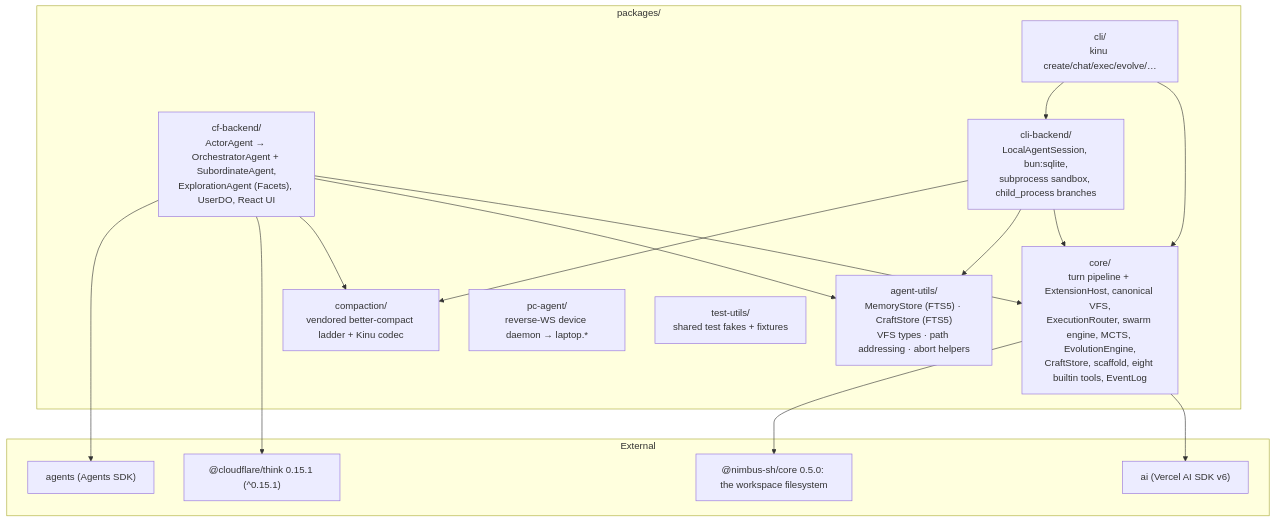
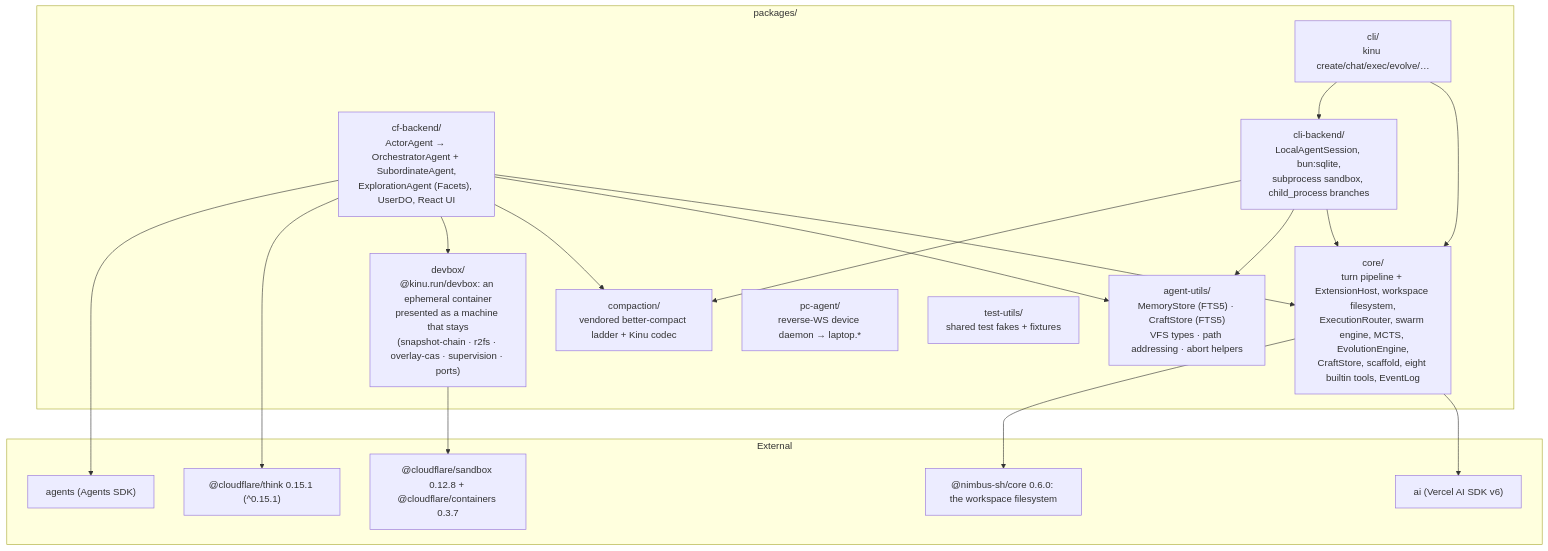
The fifth of 5 diagrams in docs/ARCHITECTURE.md (AshishKumar4/kinu), drawn with Mermaid before and after one commit. The commit also changed other lines of this file and 57 other files, not shown here.

````diff
--- a/docs/ARCHITECTURE.md
+++ b/docs/ARCHITECTURE.md
@@ -402,34 +444,38 @@
 ```mermaid
 graph TB
     subgraph pkgs["packages/"]
-        Core["core/<br/>turn pipeline + ExtensionHost, canonical VFS,<br/>ExecutionRouter, swarm engine, MCTS, EvolutionEngine,<br/>CraftStore, scaffold, eight builtin tools, EventLog"]
+        Core["core/<br/>turn pipeline + ExtensionHost, workspace filesystem,<br/>ExecutionRouter, swarm engine, MCTS, EvolutionEngine,<br/>CraftStore, scaffold, eight builtin tools, EventLog"]
         Utils["agent-utils/<br/>MemoryStore (FTS5) · CraftStore (FTS5)<br/>VFS types · path addressing · abort helpers"]
         Compact["compaction/<br/>vendored better-compact ladder + Kinu codec"]
+        Devbox["devbox/<br/>@kinu.run/devbox: an ephemeral container<br/>presented as a machine that stays<br/>(snapshot-chain · r2fs · overlay-cas · supervision · ports)"]
         CF["cf-backend/<br/>ActorAgent → OrchestratorAgent + SubordinateAgent,<br/>ExplorationAgent (Facets), UserDO, React UI"]
         CLI["cli/<br/>kinu create/chat/exec/evolve/…"]
         CLIB["cli-backend/<br/>LocalAgentSession, bun:sqlite,<br/>subprocess sandbox, child_process branches"]
         PC["pc-agent/<br/>reverse-WS device daemon → laptop.*"]
         TU["test-utils/<br/>shared test fakes + fixtures"]
     end
 
     CF --> Core
     CF --> Utils
     CF --> Compact
+    CF --> Devbox
     CLI --> Core
     CLI --> CLIB
     CLIB --> Core
     CLIB --> Utils
     CLIB --> Compact
 
     subgraph ext["External"]
         Think["@cloudflare/think 0.15.1 (^0.15.1)"]
         Agents["agents (Agents SDK)"]
         AISDK["ai (Vercel AI SDK v6)"]
-        Nimbus["@nimbus-sh/core 0.5.0: the workspace filesystem"]
+        Nimbus["@nimbus-sh/core 0.6.0: the workspace filesystem"]
+        Sandbox["@cloudflare/sandbox 0.12.8 + @cloudflare/containers 0.3.7"]
     end
 
     CF --> Think
     CF --> Agents
     Core --> AISDK
     Core --> Nimbus
+    Devbox --> Sandbox
 ```
````
